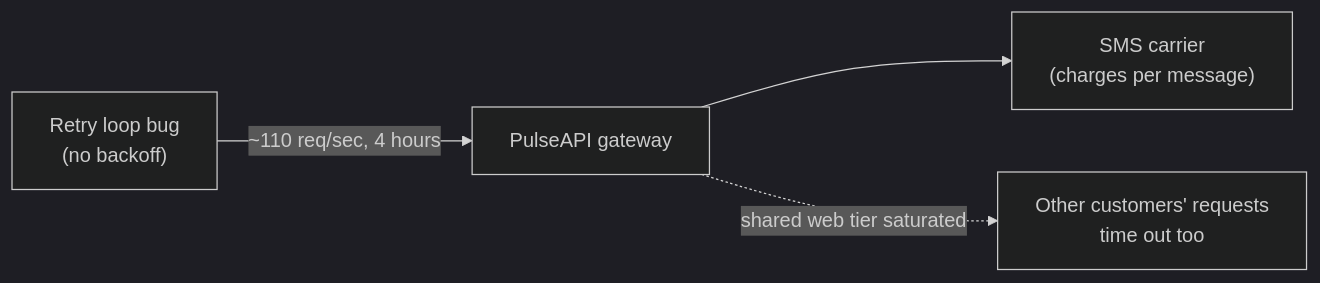
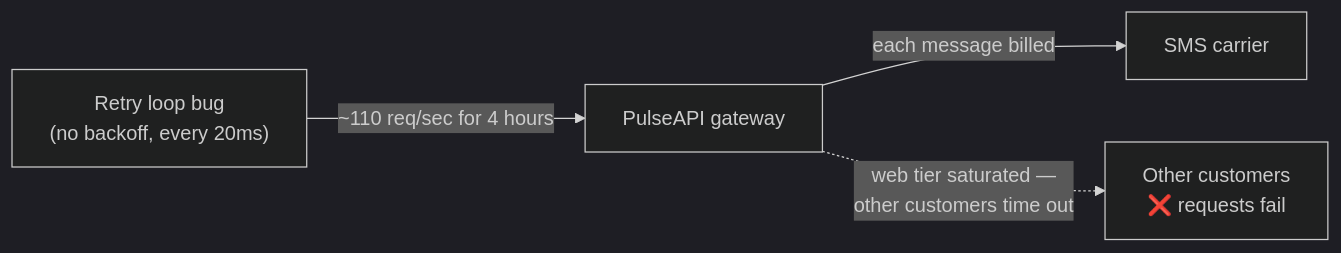
The first of 17 diagrams in system-design/HLD/0-course/19-Rate-Limiter-FAANG-Guide-story.md (riyaz-pasha/Learnings), drawn with Mermaid (dark theme) before and after one commit. The commit also changed other lines of this file, not shown here.

Commit message:
rewrite: simplify english and clean up mermaid diagrams in rate limiter story guide

````diff
--- a/system-design/HLD/0-course/19-Rate-Limiter-FAANG-Guide-story.md
+++ b/system-design/HLD/0-course/19-Rate-Limiter-FAANG-Guide-story.md
@@ -15,6 +52,6 @@
 ```mermaid
 flowchart LR
-    Bug["Retry loop bug\n(no backoff)"] -->|"~110 req/sec, 4 hours"| API["PulseAPI gateway"]
-    API --> Carrier["SMS carrier\n(charges per message)"]
-    API -.->|"shared web tier saturated"| Other["Other customers' requests\ntime out too"]
+    Bug["Retry loop bug\n(no backoff, every 20ms)"] -->|"~110 req/sec for 4 hours"| API["PulseAPI gateway"]
+    API -->|"each message billed"| Carrier["SMS carrier"]
+    API -.->|"web tier saturated —\nother customers time out"| Other["Other customers\n❌ requests fail"]
 ```
````
